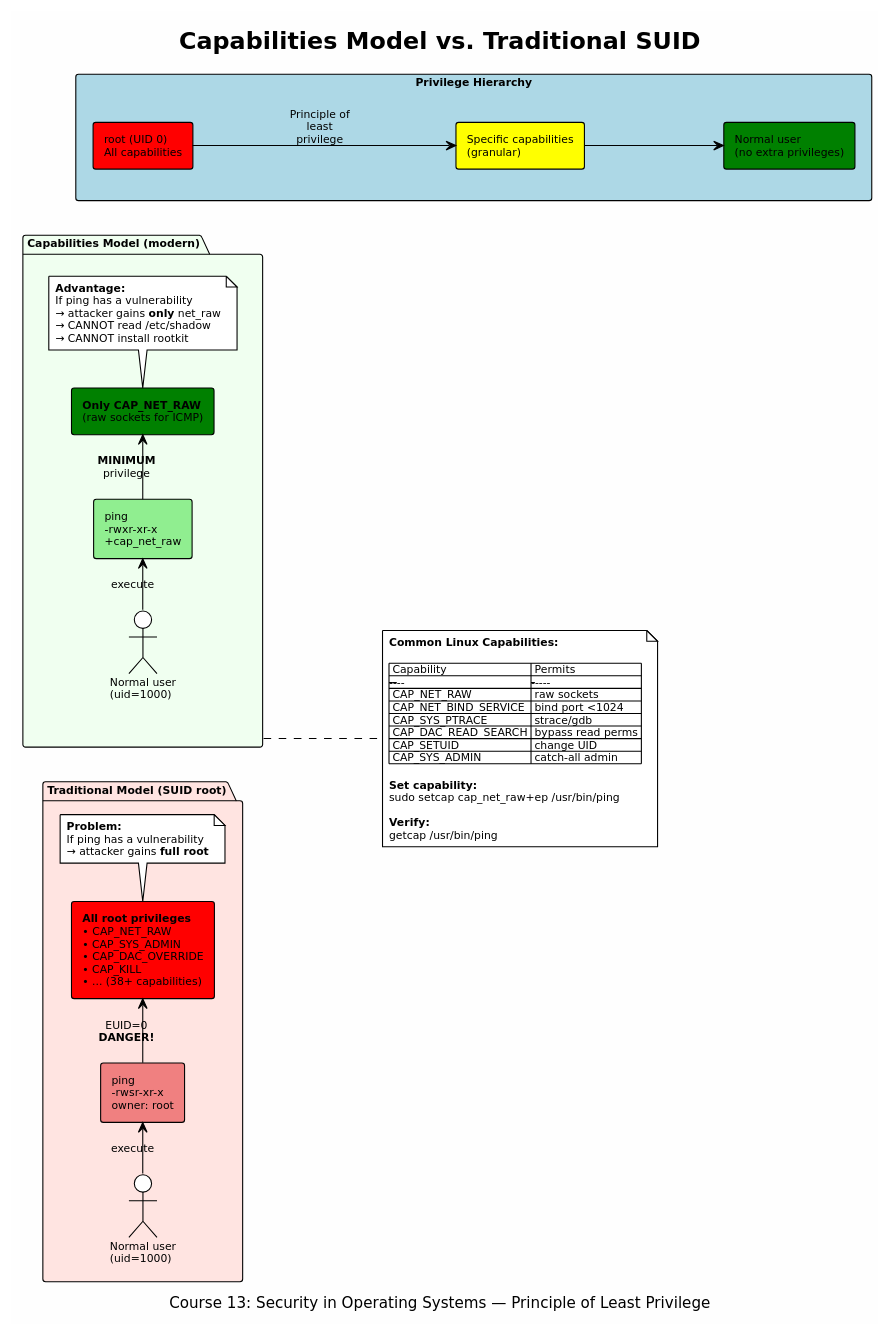
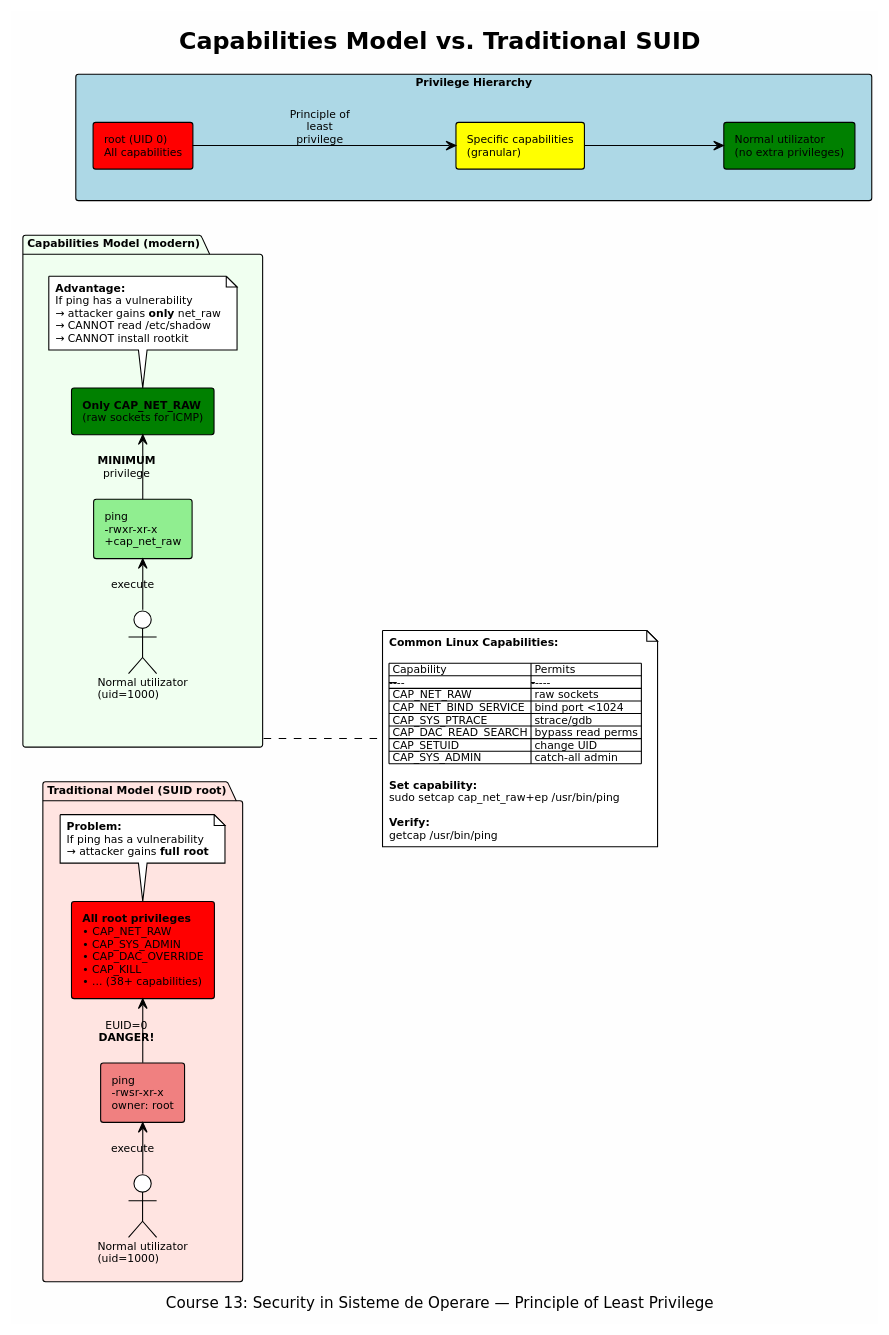
One commit to antonioclim/ENos changed the diagram in 05_LECTURES/13-Security_in_Operating_Systems/diagrams/02_capabilities_model.puml. Above: the diagram before and after it, drawn with PlantUML. The commit also changed 70 other files, not shown here.

```diff
--- a/05_LECTURES/13-Security_in_Operating_Systems/diagrams/02_capabilities_model.puml
+++ b/05_LECTURES/13-Security_in_Operating_Systems/diagrams/02_capabilities_model.puml
@@ -1,76 +1,76 @@
 @startuml
 !theme plain
 skinparam backgroundColor #FEFEFE
 skinparam defaultFontName DejaVu Sans
 skinparam defaultFontSize 10
 
 title Capabilities Model vs. Traditional SUID
-caption Course 13: Security in Operating Systems — Principle of Least Privilege
+caption Course 13: Security in Sisteme de Operare — Principle of Least Privilege
 
 left to right direction
 
 package "**Traditional Model (SUID root)**" as TRAD #MistyRose {
-  actor "Normal user\n(uid=1000)" as U1
+  actor "Normal utilizator\n(uid=1000)" as U1
   
   rectangle "ping\n-rwsr-xr-x\nowner: root" as PING1 #LightCoral
   
   rectangle "**All root privileges**\n• CAP_NET_RAW\n• CAP_SYS_ADMIN\n• CAP_DAC_OVERRIDE\n• CAP_KILL\n• ... (38+ capabilities)" as ROOT1 #Red
   
   U1 -right-> PING1 : "execute"
   PING1 -right-> ROOT1 : "EUID=0\n**DANGER!**"
   
   note bottom of ROOT1
     **Problem:**
     If ping has a vulnerability
     → attacker gains **full root**
   end note
 }
 
 package "**Capabilities Model (modern)**" as CAP #Honeydew {
-  actor "Normal user\n(uid=1000)" as U2
+  actor "Normal utilizator\n(uid=1000)" as U2
   
   rectangle "ping\n-rwxr-xr-x\n+cap_net_raw" as PING2 #LightGreen
   
   rectangle "**Only CAP_NET_RAW**\n(raw sockets for ICMP)" as ROOT2 #Green
   
   U2 -right-> PING2 : "execute"
   PING2 -right-> ROOT2 : "**MINIMUM**\nprivilege"
   
   note bottom of ROOT2
     **Advantage:**
     If ping has a vulnerability
     → attacker gains **only** net_raw
     → CANNOT read /etc/shadow
     → CANNOT install rootkit
   end note
 }
 
 note right of CAP
   **Common Linux Capabilities:**
   
   | Capability | Permits |
   |------------|---------|
   | CAP_NET_RAW | raw sockets |
   | CAP_NET_BIND_SERVICE | bind port <1024 |
   | CAP_SYS_PTRACE | strace/gdb |
   | CAP_DAC_READ_SEARCH | bypass read perms |
   | CAP_SETUID | change UID |
   | CAP_SYS_ADMIN | catch-all admin |
   
   **Set capability:**
   sudo setcap cap_net_raw+ep /usr/bin/ping
   
   **Verify:**
   getcap /usr/bin/ping
 end note
 
 rectangle "**Privilege Hierarchy**" as HIER #LightBlue {
   rectangle "root (UID 0)\nAll capabilities" as R #Red
   rectangle "Specific capabilities\n(granular)" as C #Yellow
-  rectangle "Normal user\n(no extra privileges)" as N #Green
+  rectangle "Normal utilizator\n(no extra privileges)" as N #Green
   
   R -down-> C : "Principle of\nleast\nprivilege"
   C -down-> N
 }
 
 @enduml
```
